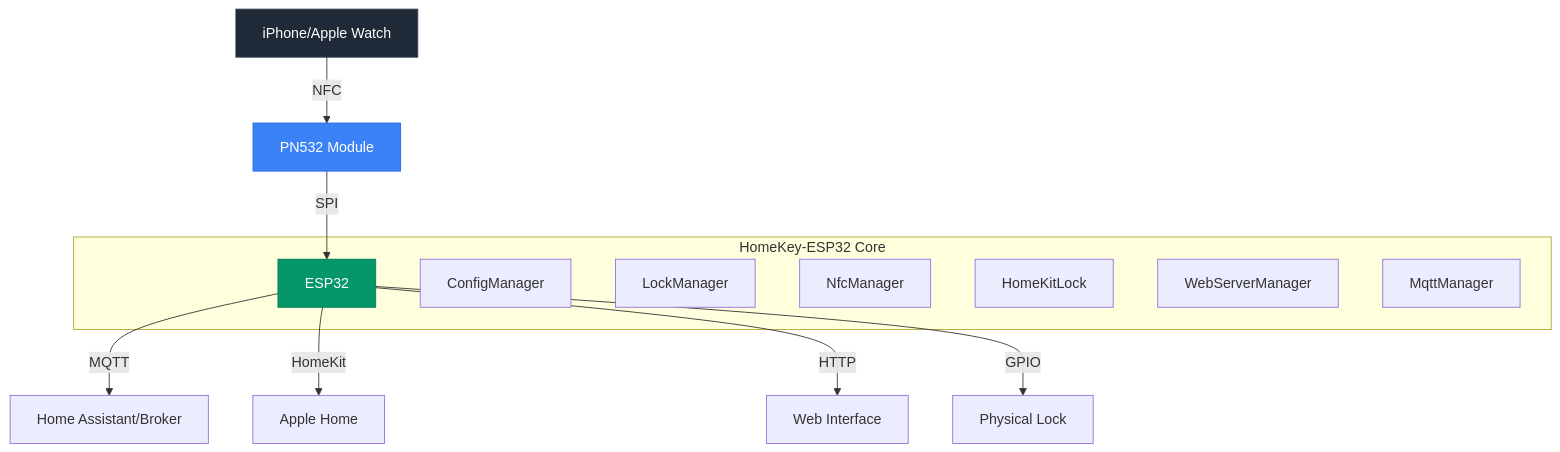
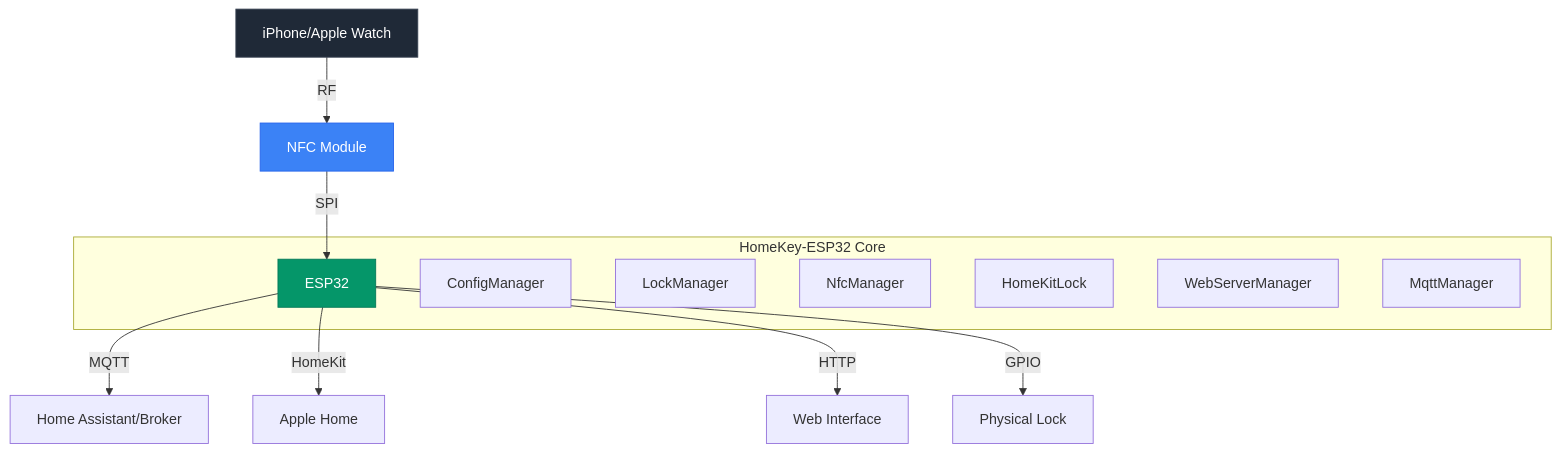
The first of 2 diagrams in README.md (rednblkx/HomeKey-ESP32), drawn with Mermaid before and after one commit. The commit also changed other lines of this file, not shown here.

First line of the commit message:
docs: generalize NFC reader references and clarify dev release features in README

````diff
--- a/README.md
+++ b/README.md
@@ -110,23 +110,23 @@
 ```mermaid
 graph TD
-    A[iPhone/Apple Watch] -->|NFC| B[PN532 Module]
+    A[iPhone/Apple Watch] -->|RF| B[NFC Module]
     B -->|SPI| C[ESP32]
     C -->|MQTT| D[Home Assistant/Broker]
     C -->|HomeKit| E[Apple Home]
     C -->|HTTP| F[Web Interface]
     C -->|GPIO| G[Physical Lock]
     
     subgraph "HomeKey-ESP32 Core"
         C
         H[ConfigManager]
         I[LockManager]
         J[NfcManager]
         K[HomeKitLock]
         L[WebServerManager]
         M[MqttManager]
     end
     
     style A fill:#1f2937,stroke:#374151,color:#fff
     style C fill:#059669,stroke:#047857,color:#fff
     style B fill:#3b82f6,stroke:#2563eb,color:#fff
 ```
````
